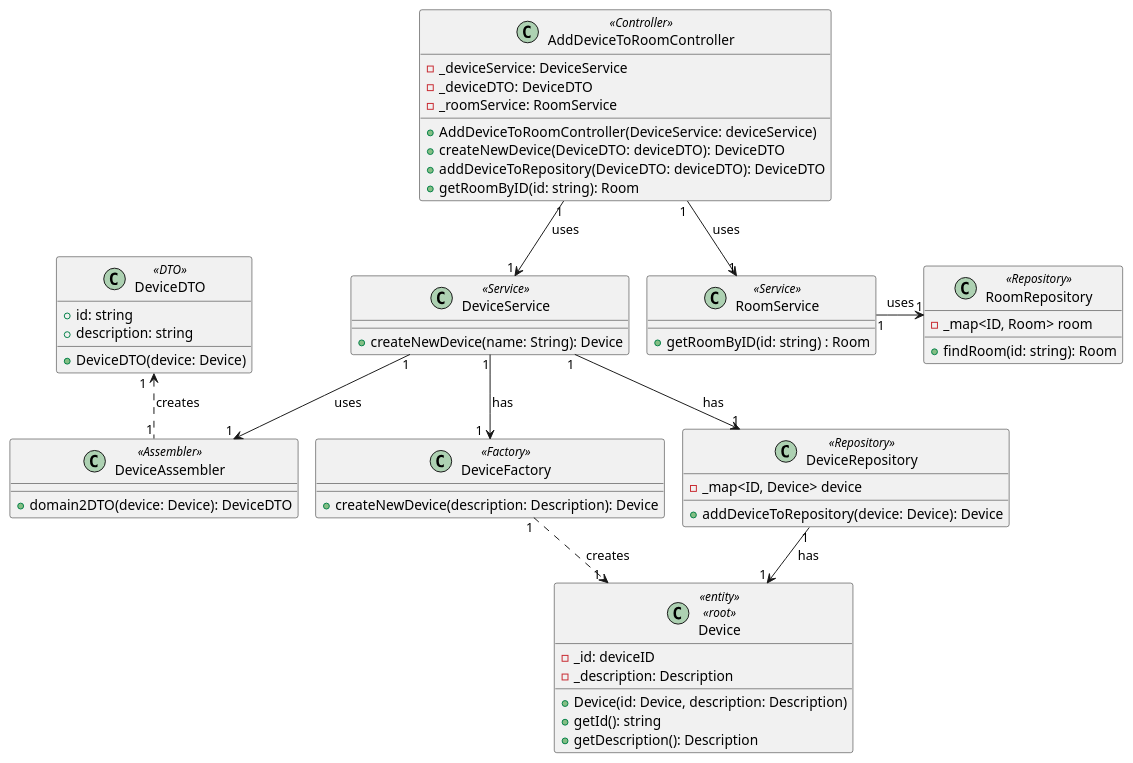
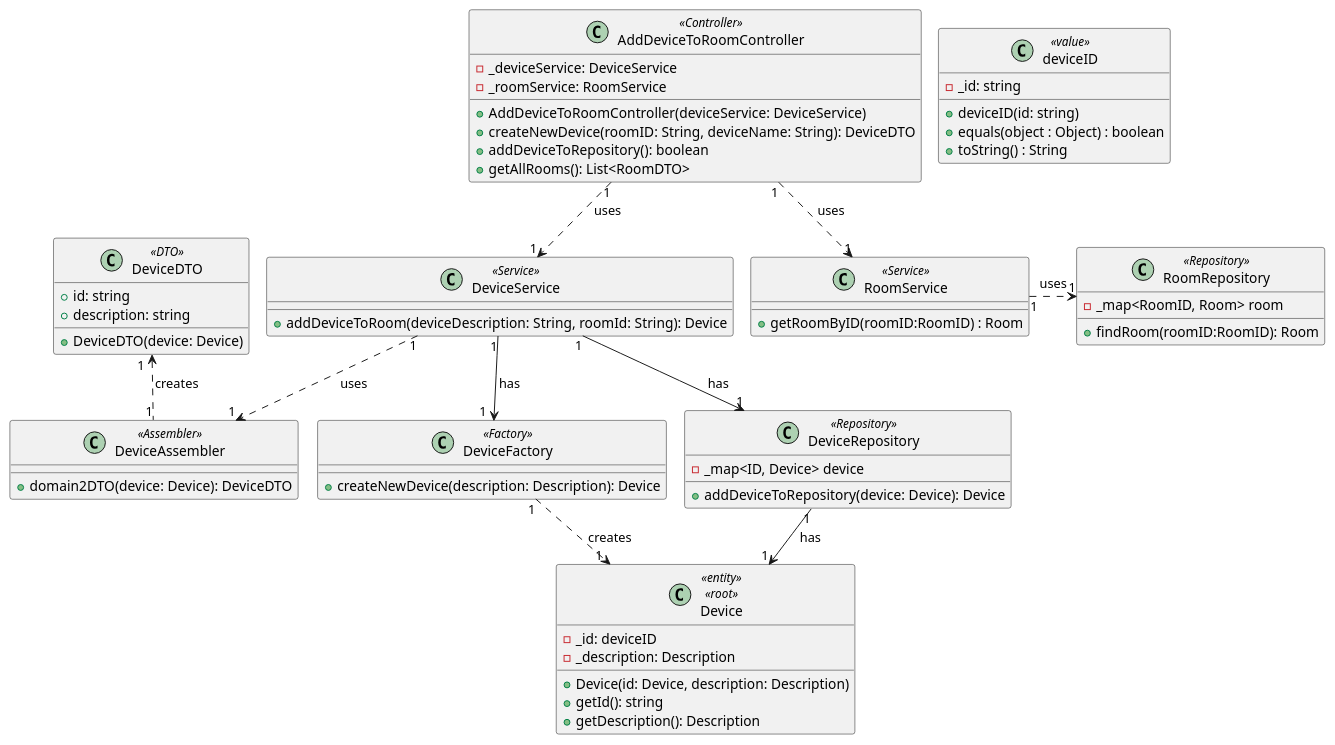
One commit to olivDiogo/SmartHome changed the diagram in docs/ood/classDiagram/US05AddDeviceToRoom.puml. Above: the diagram before and after it, drawn with PlantUML. The commit also changed 1 other file, not shown here.

Commit message:
#123 #125 Update sequence and class diagram US05

```diff
--- a/docs/ood/classDiagram/US05AddDeviceToRoom.puml
+++ b/docs/ood/classDiagram/US05AddDeviceToRoom.puml
@@ -1,65 +1,71 @@
 @startuml
 !pragma layout smetana
 
 class Device<<entity>> <<root>> {
   - _id: deviceID
   - _description: Description
   + Device(id: Device, description: Description)
   + getId(): string
   + getDescription(): Description
   }
 
+class deviceID<<value>> {
+  - _id: string
+  + deviceID(id: string)
+  +equals(object : Object) : boolean
+  +toString() : String
+  }
+
 class DeviceFactory<<Factory>> {
   + createNewDevice(description: Description): Device
   }
 
 class DeviceRepository<<Repository>> {
   - _map<ID, Device> device
   + addDeviceToRepository(device: Device): Device
   }
 class DeviceService<<Service>> {
-  + createNewDevice(name: String): Device
+  + addDeviceToRoom(deviceDescription: String, roomId: String): Device
   }
 
  class RoomService<<Service>> {
-  + getRoomByID(id: string) : Room
+  + getRoomByID(roomID:RoomID) : Room
   }
 
 class RoomRepository<<Repository>> {
-  - _map<ID, Room> room
-  + findRoom(id: string): Room
+  - _map<RoomID, Room> room
+  + findRoom(roomID:RoomID): Room
   }
 
 class AddDeviceToRoomController<<Controller>> {
   - _deviceService: DeviceService
-  - _deviceDTO: DeviceDTO
   - _roomService: RoomService
-  + AddDeviceToRoomController(DeviceService: deviceService)
-  + createNewDevice(DeviceDTO: deviceDTO): DeviceDTO
-  + addDeviceToRepository(DeviceDTO: deviceDTO): DeviceDTO
-  + getRoomByID(id: string): Room
+  + AddDeviceToRoomController(deviceService: DeviceService)
+  + createNewDevice(roomID: String, deviceName: String): DeviceDTO
+  + addDeviceToRepository(): boolean
+  + getAllRooms(): List<RoomDTO>
   }
 class DeviceDTO<<DTO>> {
 + id: string
 + description: string
 + DeviceDTO(device: Device)
 }
 class DeviceAssembler<<Assembler>> {
   + domain2DTO(device: Device): DeviceDTO
   }
 
 
 DeviceRepository "1" -down-> "1" Device: has
 DeviceService "1"-down->"1  " DeviceFactory: has
 DeviceService "1"-down->"1" DeviceRepository: has
-DeviceService "1"-down->"1" DeviceAssembler: uses
-RoomService "1"-right->"1" RoomRepository: uses
+DeviceService "1".down.>"1" DeviceAssembler: uses
+RoomService "1".right.>"1" RoomRepository: uses
 DeviceFactory "1".down.>"1  " Device: creates
-AddDeviceToRoomController "1"-down->"1" DeviceService: uses
-AddDeviceToRoomController "1"-down->"1" RoomService: uses
+AddDeviceToRoomController "1".down.>"1" DeviceService: uses
+AddDeviceToRoomController "1".down.>"1" RoomService: uses
 DeviceAssembler "1".up.> "1  " DeviceDTO: creates
 
 
 
 
 @enduml
```
